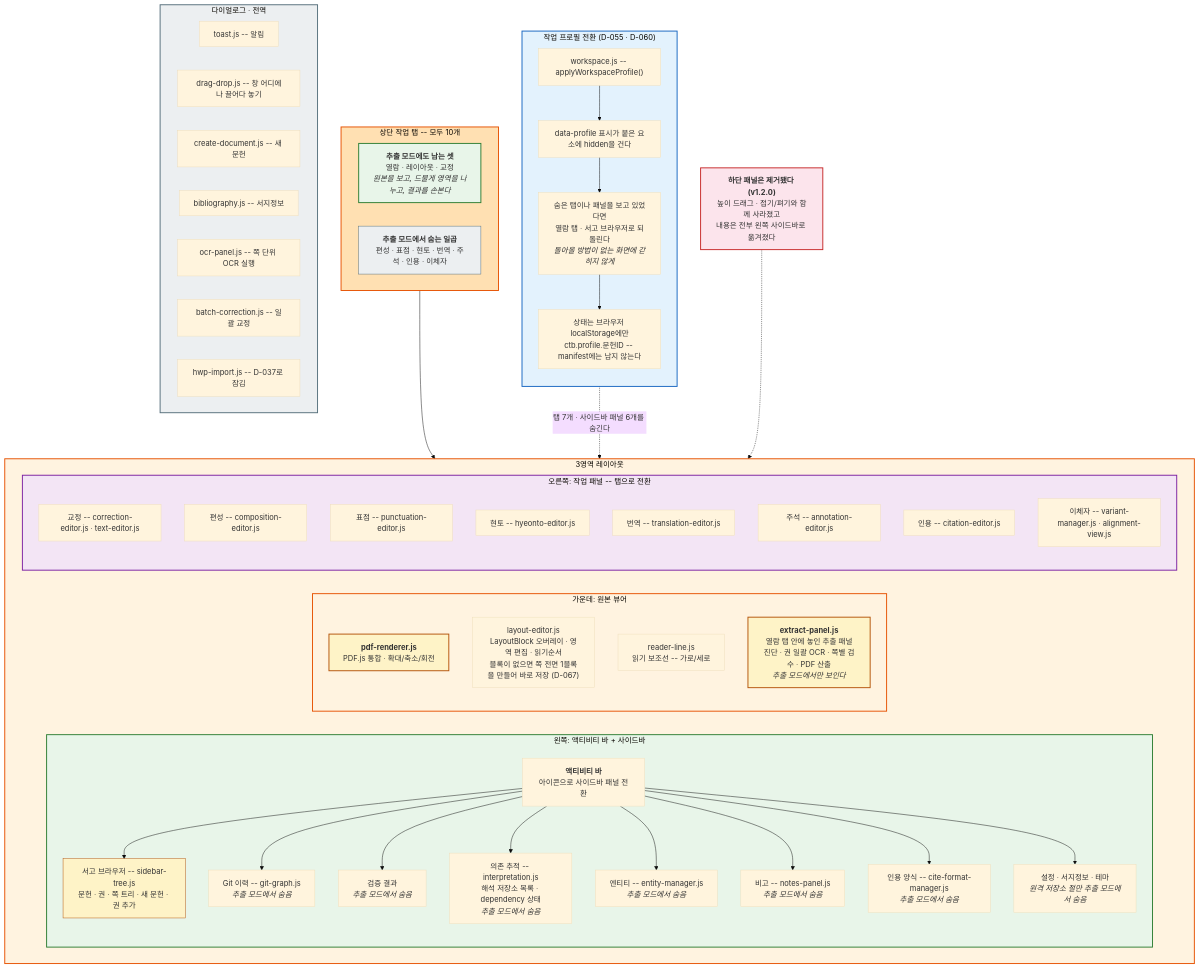
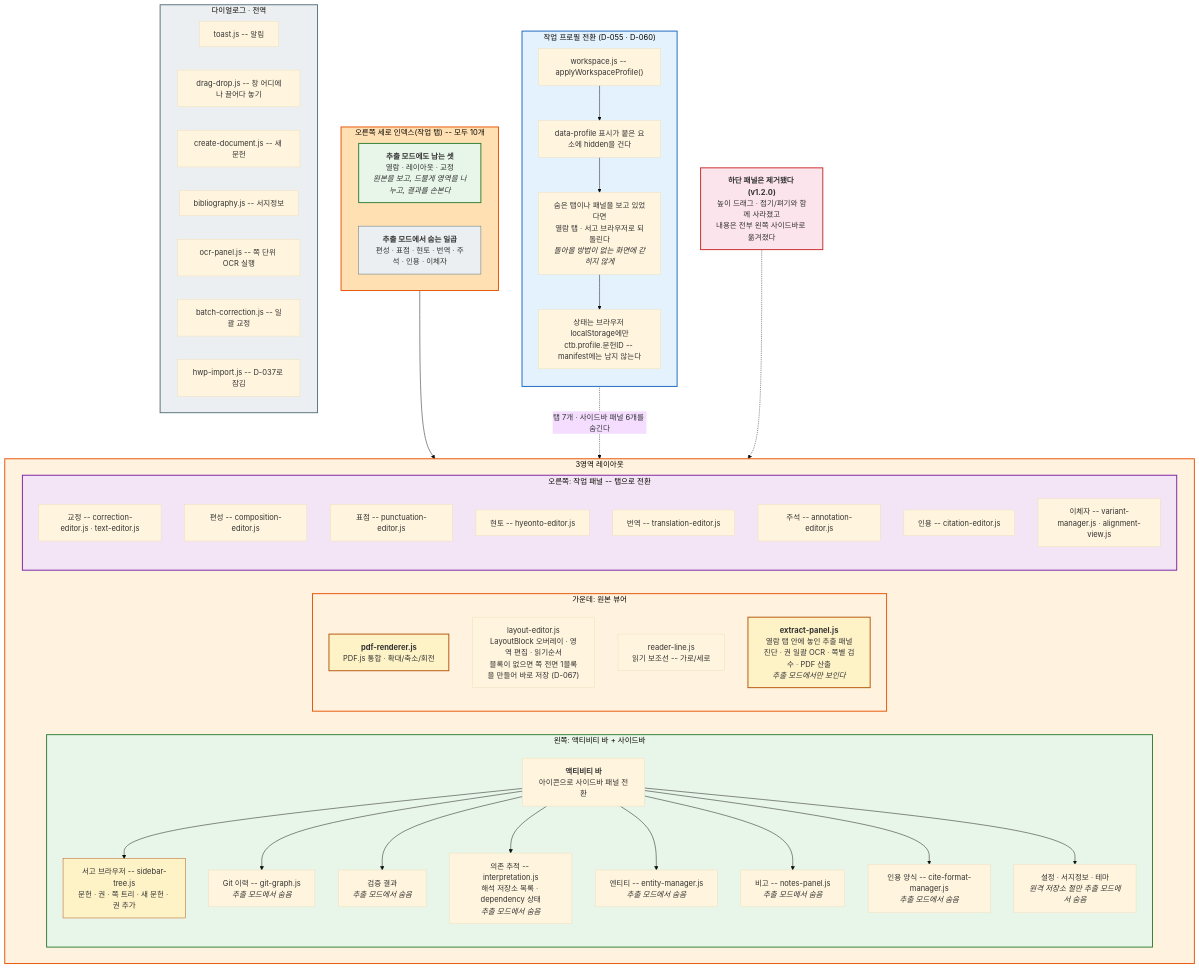
Diagram 11 of 14 in docs/architecture-diagrams.md (hw725/classical-text-browser), drawn with Mermaid (base theme) before and after one commit. The commit also changed other lines of this file and 47 other files, not shown here.

````diff
--- a/docs/architecture-diagrams.md
+++ b/docs/architecture-diagrams.md
@@ -936,6 +938,6 @@
 ```mermaid
 flowchart TB
-    subgraph TABS["상단 작업 탭 -- 모두 10개"]
+    subgraph TABS["오른쪽 세로 인덱스(작업 탭) -- 모두 10개"]
         direction LR
         T_KEEP["<b>추출 모드에도 남는 셋</b><br/>열람 · 레이아웃 · 교정<br/><i>원본을 보고, 드물게 영역을 나누고, 결과를 손본다</i>"]
         T_HIDE["<b>추출 모드에서 숨는 일곱</b><br/>편성 · 표점 · 현토 · 번역 · 주석 · 인용 · 이체자"]
````
